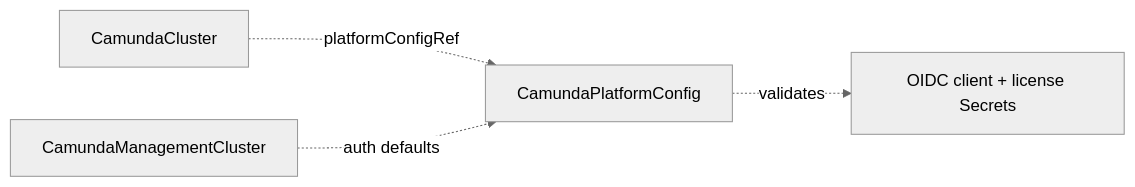
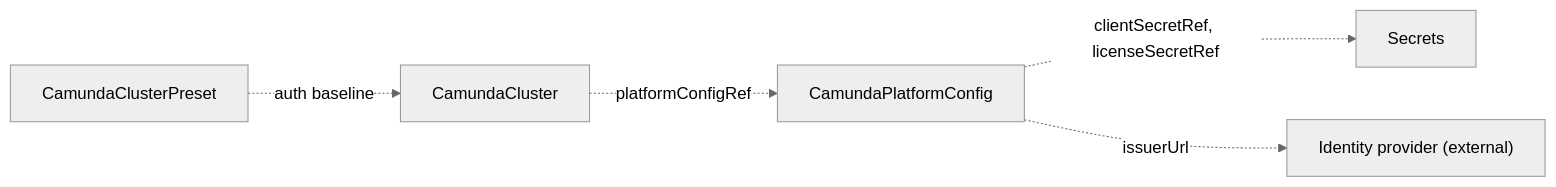
Before and after one commit to konsole-is/camunda-operator: the diagram in docs/crds/camundaplatformconfig.md, drawn with Mermaid (neutral theme). The commit also changed other lines of this file and 30 other files, not shown here.

````diff
--- a/docs/crds/camundaplatformconfig.md
+++ b/docs/crds/camundaplatformconfig.md
@@ -39,6 +15,7 @@
 ```mermaid
 graph LR
     CC[CamundaCluster] -.->|platformConfigRef| PFC[CamundaPlatformConfig]
-    PFC -.->|validates| SEC["OIDC client + license Secrets"]
-    CMC[CamundaManagementCluster] -.->|auth defaults| PFC
+    CCP[CamundaClusterPreset] -.->|auth baseline| CC
+    PFC -.->|clientSecretRef, licenseSecretRef| SEC["Secrets"]
+    PFC -.->|issuerUrl| IDP["Identity provider (external)"]
 ```
````
